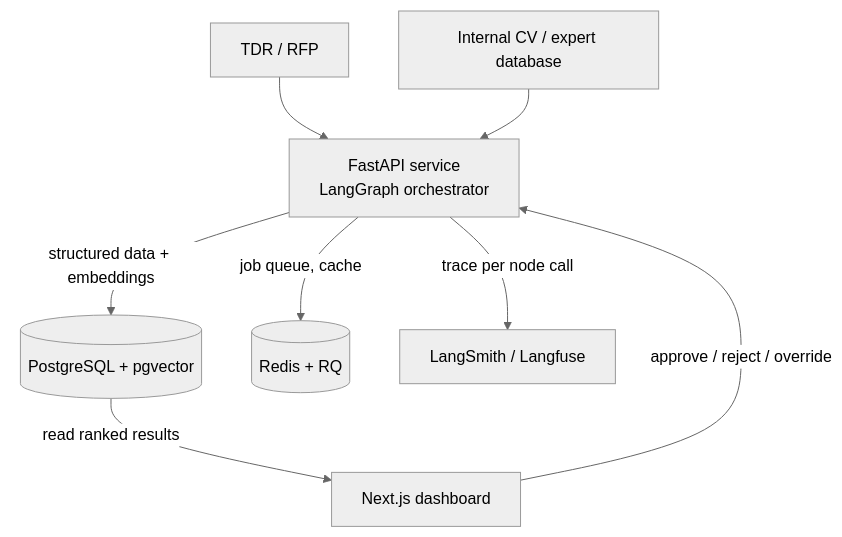
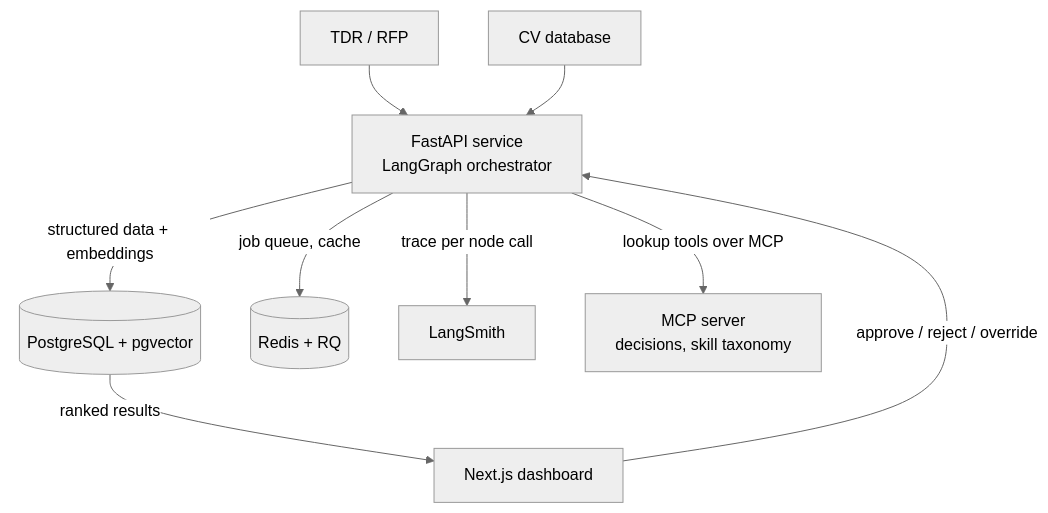
One commit to yassine-krichen/adequia-tender-expert-matching changed the first of 2 diagrams in README.md. Above: the diagram before and after it, drawn with Mermaid (neutral theme). The commit also changed other lines of this file and 1 other file, not shown here.

````diff
--- a/README.md
+++ b/README.md
@@ -45,10 +72,11 @@
 ```mermaid
 graph TD
     TDR[TDR / RFP] --> API[FastAPI service<br/>LangGraph orchestrator]
-    CVDB[Internal CV / expert database] --> API
+    CVDB[CV database] --> API
     API -->|structured data + embeddings| PG[(PostgreSQL + pgvector)]
     API -->|job queue, cache| REDIS[(Redis + RQ)]
-    API -->|trace per node call| TRACE[LangSmith / Langfuse]
-    PG -->|read ranked results| WEB[Next.js dashboard]
+    API -->|trace per node call| TRACE[LangSmith]
+    API -->|lookup tools over MCP| MCP[MCP server<br/>decisions, skill taxonomy]
+    PG -->|ranked results| WEB[Next.js dashboard]
     WEB -->|approve / reject / override| API
 ```
````
